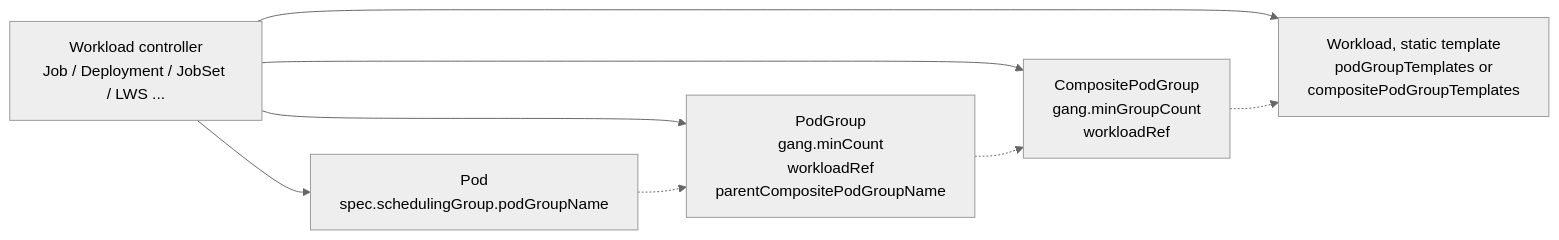
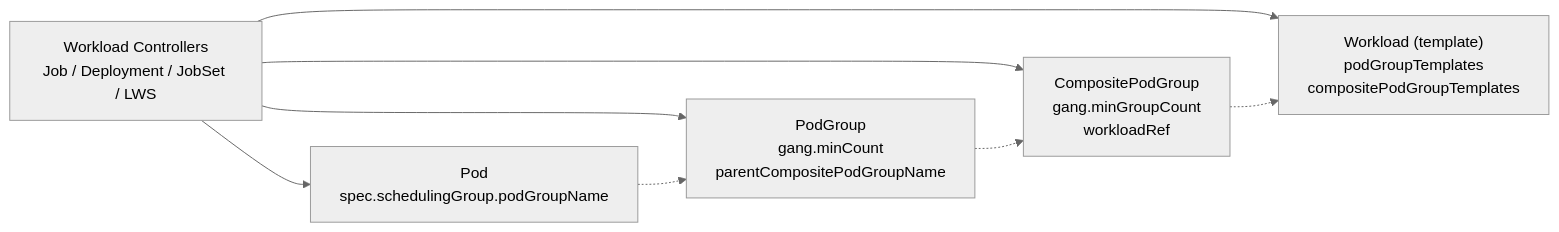
The second of 15 diagrams in docs/research/k8s-workload-aware-scheduling-vs-volcano.md (JesseStutler/volcano), drawn with Mermaid (neutral theme) before and after one commit. The commit also changed other lines of this file and 1 other file, not shown here.

First line of the commit message:
docs: improve readability of upstream PodGroup vs Volcano report

````diff
--- a/docs/research/k8s-workload-aware-scheduling-vs-volcano.md
+++ b/docs/research/k8s-workload-aware-scheduling-vs-volcano.md
@@ -73,16 +79,16 @@
 ```mermaid
 flowchart LR
-    Ctrl["Workload controller<br/>Job / Deployment / JobSet / LWS ..."]
-    W["Workload, static template<br/>podGroupTemplates or<br/>compositePodGroupTemplates"]
+    Ctrl["Workload Controllers<br/>Job / Deployment / JobSet / LWS"]
+    W["Workload (template)<br/>podGroupTemplates<br/>compositePodGroupTemplates"]
     CPG["CompositePodGroup<br/>gang.minGroupCount<br/>workloadRef"]
-    PG["PodGroup<br/>gang.minCount<br/>workloadRef<br/>parentCompositePodGroupName"]
+    PG["PodGroup<br/>gang.minCount<br/>parentCompositePodGroupName"]
     Pod["Pod<br/>spec.schedulingGroup.podGroupName"]
 
+    Ctrl --> W
+    Ctrl --> CPG
+    Ctrl --> PG
     Ctrl --> Pod
-    Ctrl --> PG
-    Ctrl --> CPG
-    Ctrl --> W
     Pod -.-> PG
     PG -.-> CPG
     CPG -.-> W
 ```
````
